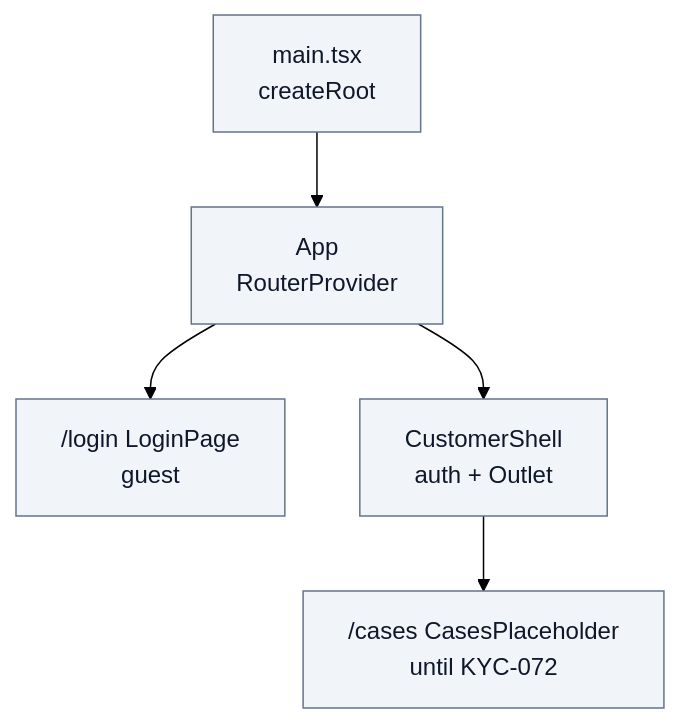
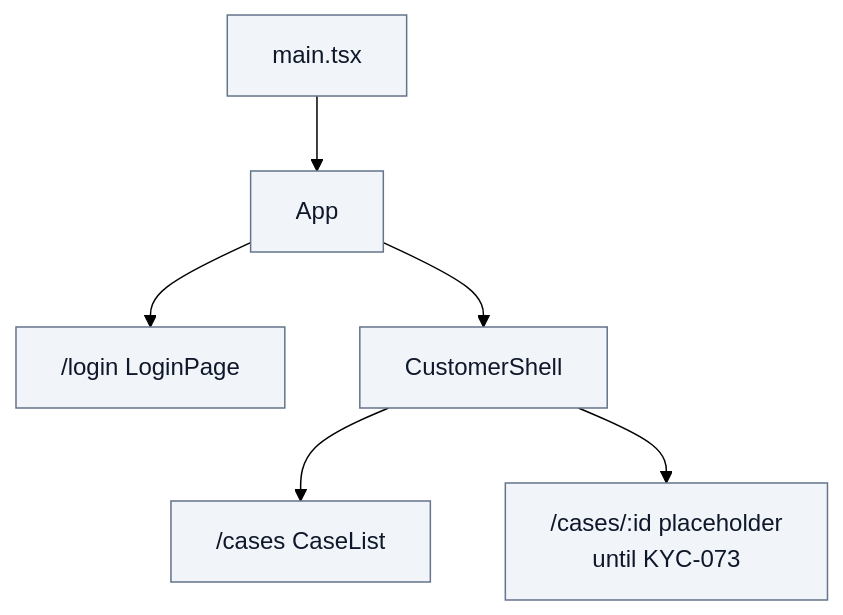
Before and after one commit to SDS37/kyc-multi-frontend: the second of 2 diagrams in docs/frontend-code-standards.md, drawn with Mermaid (forest theme). The commit also changed other lines of this file and 17 other files, not shown here.

First line of the commit message:
feat(react): KYC-072 my cases list and create draft

````diff
--- a/docs/frontend-code-standards.md
+++ b/docs/frontend-code-standards.md
@@ -441,11 +441,11 @@
 ```mermaid
 flowchart TB
-  Main["main.tsx<br/>createRoot"] --> App["App<br/>RouterProvider"]
-  App --> Login["/login LoginPage<br/>guest"]
-  App --> Shell["CustomerShell<br/>auth + Outlet"]
-  Shell --> Cases["/cases CasesPlaceholder<br/>until KYC-072"]
+  Main["main.tsx"] --> App["App"]
+  App --> Login["/login LoginPage"]
+  App --> Shell["CustomerShell"]
+  Shell --> Cases["/cases CaseList"]
+  Shell --> Draft["/cases/:id placeholder<br/>until KYC-073"]
 
   classDef now fill:#f1f5f9,stroke:#64748b,color:#0f172a
-  classDef next fill:#dbeafe,stroke:#2563eb,color:#0f172a
-  class Main,App,Login,Shell,Cases now
+  class Main,App,Login,Shell,Cases,Draft now
 ```
````
